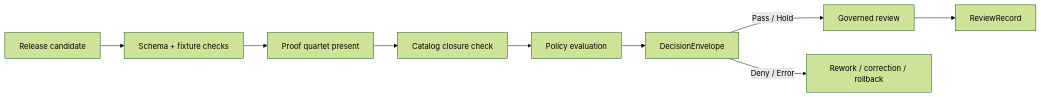
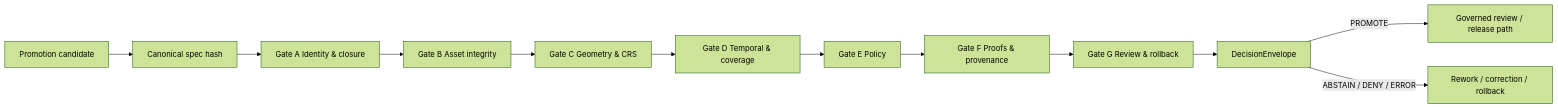
The diagram in tools/validators/promotion_gate/README.md (bartytime4life/Kansas-Frontier-Matrix), drawn with Mermaid (forest theme) before and after one commit. The commit also changed other lines of this file, not shown here.

Commit message:
Update README.md for promotion gate documentation

````diff
--- a/tools/validators/promotion_gate/README.md
+++ b/tools/validators/promotion_gate/README.md
@@ -319,11 +291,14 @@
 ```mermaid
 flowchart LR
-    A[Release candidate] --> B[Schema + fixture checks]
-    B --> C[Proof quartet present]
-    C --> D[Catalog closure check]
-    D --> E[Policy evaluation]
-    E --> F[DecisionEnvelope]
-    F -->|Pass / Hold| G[Governed review]
-    F -->|Deny / Error| H[Rework / correction / rollback]
-    G --> I[ReviewRecord]
+    A[Promotion candidate] --> B[Canonical spec hash]
+    B --> C[Gate A Identity & closure]
+    C --> D[Gate B Asset integrity]
+    D --> E[Gate C Geometry & CRS]
+    E --> F[Gate D Temporal & coverage]
+    F --> G[Gate E Policy]
+    G --> H[Gate F Proofs & provenance]
+    H --> I[Gate G Review & rollback]
+    I --> J[DecisionEnvelope]
+    J -->|PROMOTE| K[Governed review / release path]
+    J -->|ABSTAIN / DENY / ERROR| L[Rework / correction / rollback]
 ```
````
